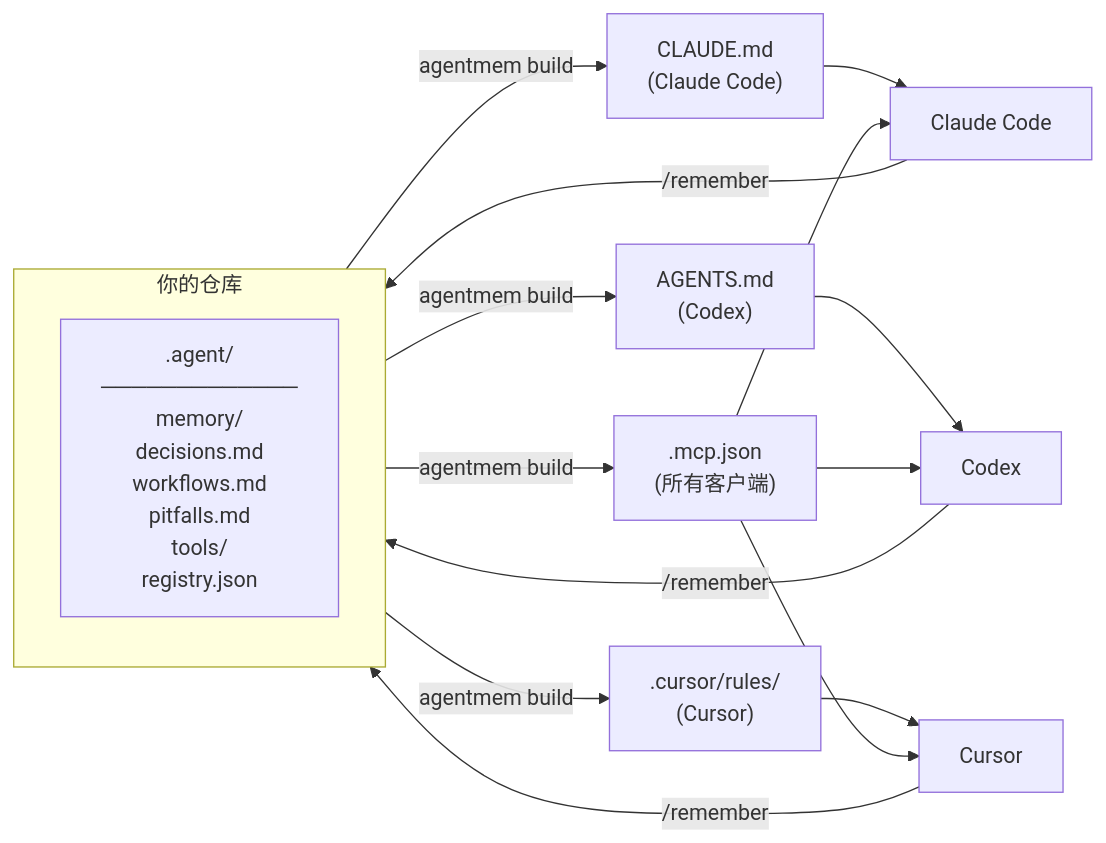
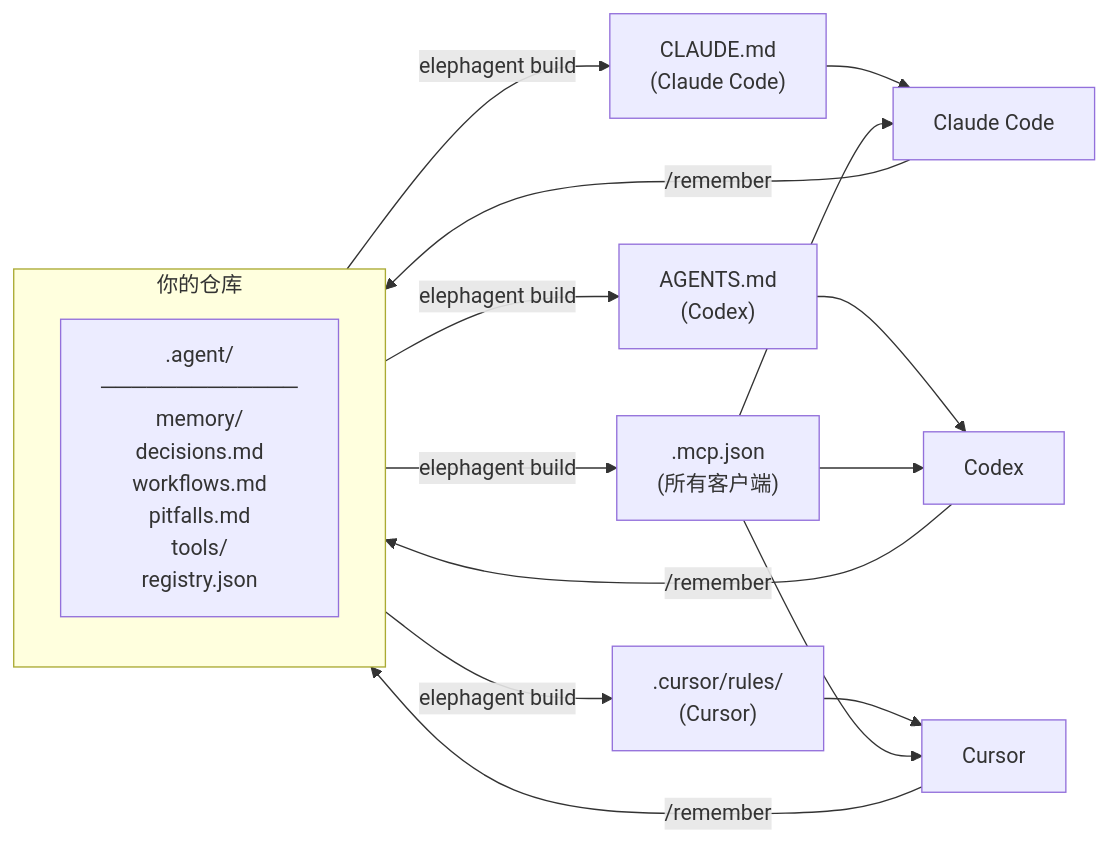
One commit to zhicongsun/elephagent changed the diagram in README.zh.md. Above: the diagram before and after it, drawn with Mermaid. The commit also changed other lines of this file and 26 other files, not shown here.

First line of the commit message:
rename: agentmem → elephagent across entire repo

````diff
--- a/README.zh.md
+++ b/README.zh.md
@@ -22,23 +22,23 @@
 ```mermaid
 flowchart LR
     subgraph repo["你的仓库"]
         direction TB
         src[".agent/\n─────────────\nmemory/\n  decisions.md\n  workflows.md\n  pitfalls.md\ntools/\n  registry.json"]
     end
 
-    src -->|"agentmem build"| CLAUDE["CLAUDE.md\n(Claude Code)"]
-    src -->|"agentmem build"| AGENTS["AGENTS.md\n(Codex)"]
-    src -->|"agentmem build"| CURSOR[".cursor/rules/\n(Cursor)"]
-    src -->|"agentmem build"| MCP[".mcp.json\n(所有客户端)"]
+    src -->|"elephagent build"| CLAUDE["CLAUDE.md\n(Claude Code)"]
+    src -->|"elephagent build"| AGENTS["AGENTS.md\n(Codex)"]
+    src -->|"elephagent build"| CURSOR[".cursor/rules/\n(Cursor)"]
+    src -->|"elephagent build"| MCP[".mcp.json\n(所有客户端)"]
 
     CLAUDE --> cc["Claude Code"]
     AGENTS --> codex["Codex"]
     CURSOR --> cursor["Cursor"]
     MCP --> cc
     MCP --> codex
     MCP --> cursor
 
     cc -->|"/remember"| src
     cursor -->|"/remember"| src
     codex -->|"/remember"| src
 ```
````
